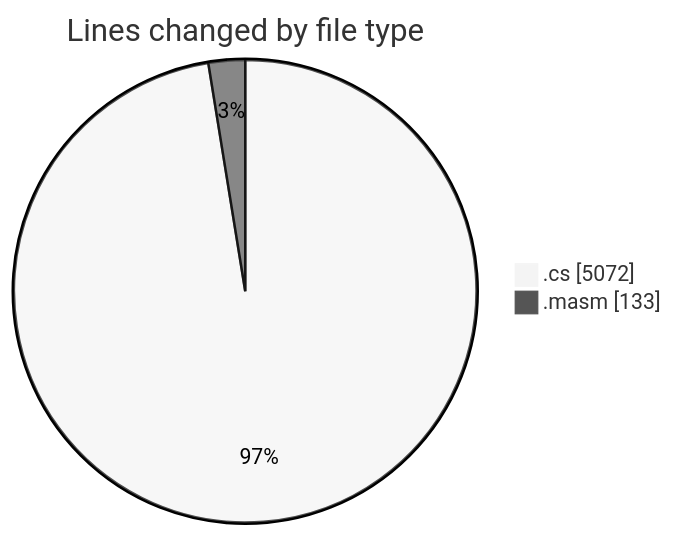
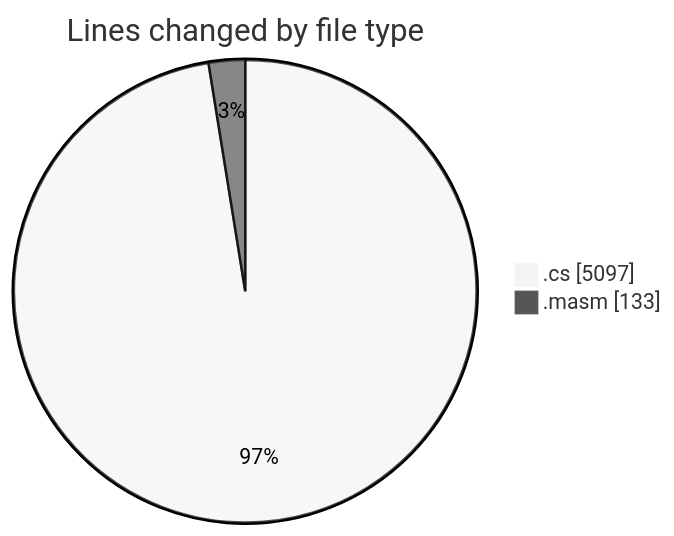
Before and after one commit to charlie-sans/code-tracking: the first of 2 diagrams in 2025-03-17/sharpmasm/README.md, drawn with Mermaid (neutral theme). The commit also changed other lines of this file and 1 other file, not shown here.

````diff
--- a/2025-03-17/sharpmasm/README.md
+++ b/2025-03-17/sharpmasm/README.md
@@ -26,6 +26,6 @@
 ```mermaid
 pie showData
 title Lines changed by file type
-".cs" : 5072
+".cs" : 5097
 ".masm" : 133
 ```
````
